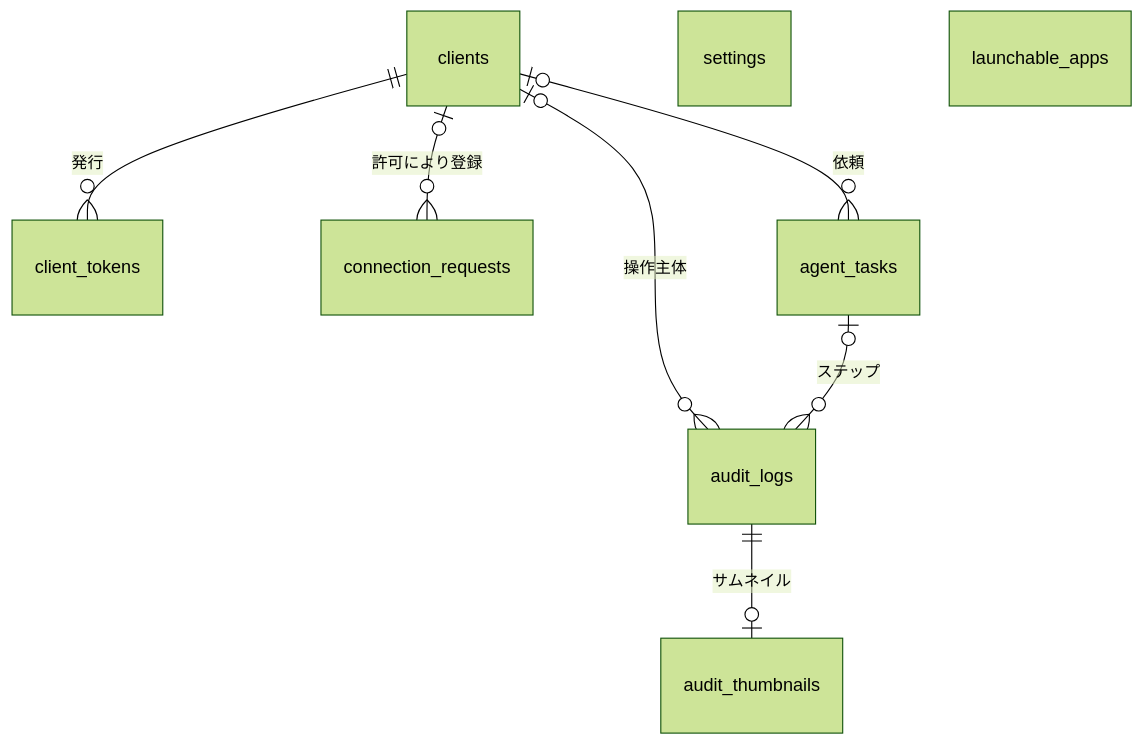
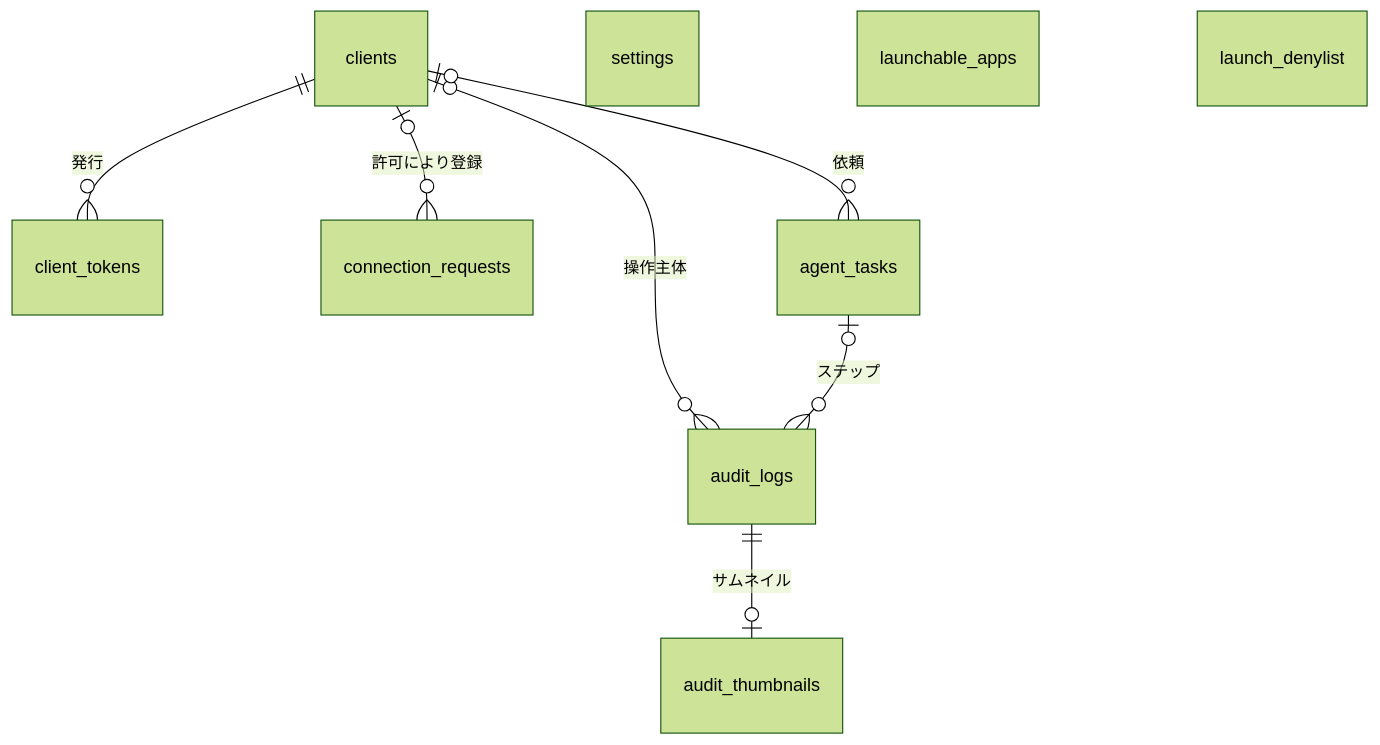
Before and after one commit to ousiassllc/puppet-remo: the first of 10 diagrams in docs/architecture/er.md, drawn with Mermaid (forest theme). The commit also changed other lines of this file and 66 other files, not shown here.

````diff
--- a/docs/architecture/er.md
+++ b/docs/architecture/er.md
@@ -22,11 +22,12 @@
 ```mermaid
 erDiagram
     clients ||--o{ client_tokens : "発行"
     clients |o--o{ audit_logs : "操作主体"
     clients |o--o{ connection_requests : "許可により登録"
     clients |o--o{ agent_tasks : "依頼"
     agent_tasks |o--o{ audit_logs : "ステップ"
     audit_logs ||--o| audit_thumbnails : "サムネイル"
     settings
     launchable_apps
+    launch_denylist
 ```
````
